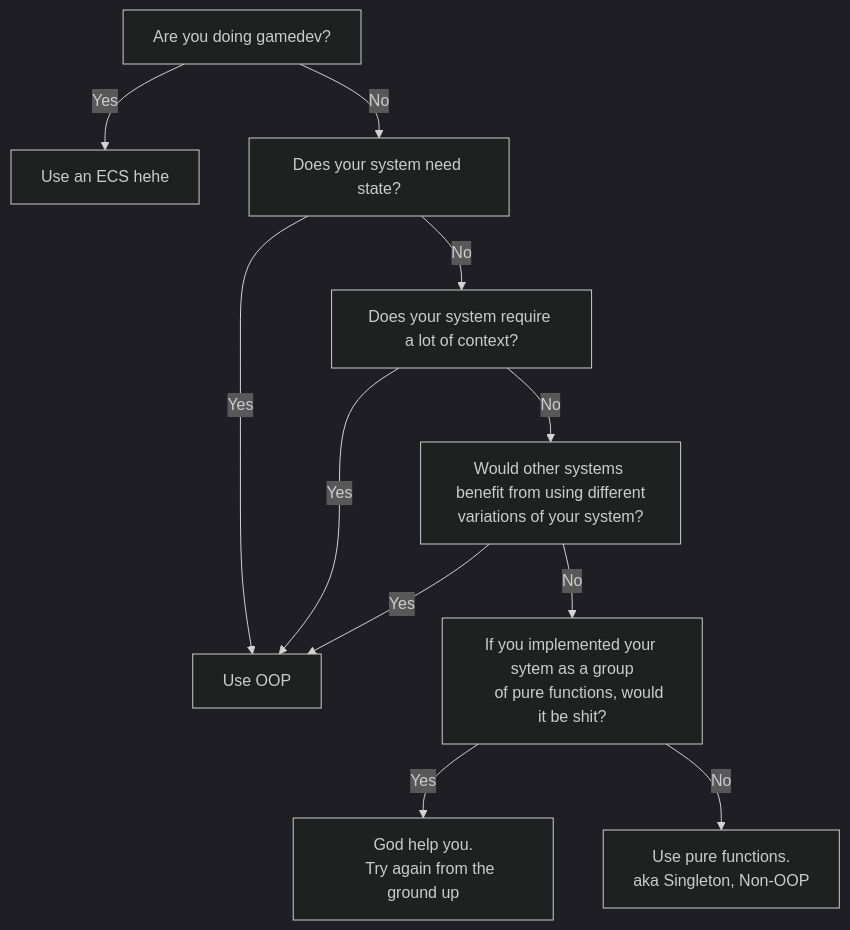
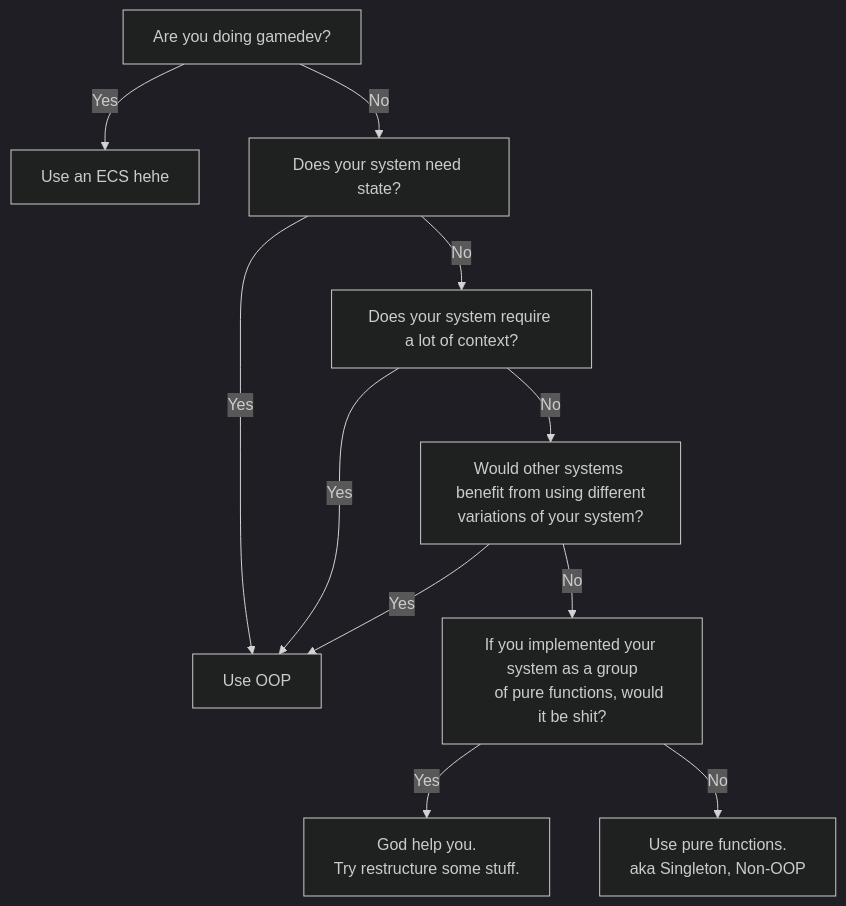
One commit to UntitledModGame/UntitledModGame.github.io changed the diagram in blog/2023-11-15_oop.md. Above: the diagram before and after it, drawn with Mermaid (dark theme).

````diff
--- a/blog/2023-11-15_oop.md
+++ b/blog/2023-11-15_oop.md
@@ -22,40 +22,40 @@
 ```mermaid
 flowchart TD
 
 O[Use OOP]
 
 A[Are you doing gamedev?]
 B[Use an ECS hehe]
 C[Does your system need state?]
 D[Does your system require a lot of context?]
 E[Would other systems benefit from using different
 variations of your system?]
-F[If you implemented your sytem as a group
+F[If you implemented your system as a group
     of pure functions, would it be shit?]
 
 God[
     God help you.
-    Try again from the ground up
+    Try restructure some stuff.
 ]
 
 Nice[Use pure functions.
 aka Singleton, Non-OOP]
 
 
 A --Yes--> B
 A --No --> C
 
 C --Yes--> O
 C --No --> D
 
 D --Yes--> O
 D --No --> E
 
 E --Yes--> O
 E --No --> F
 
 F --Yes--> God
 F --No --> Nice
 
 
 ```
````
